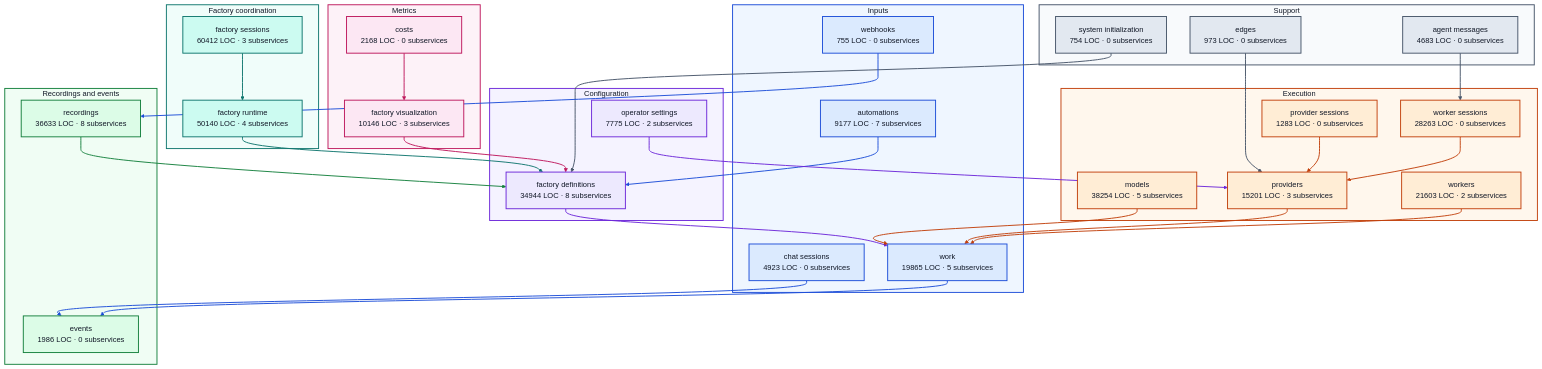
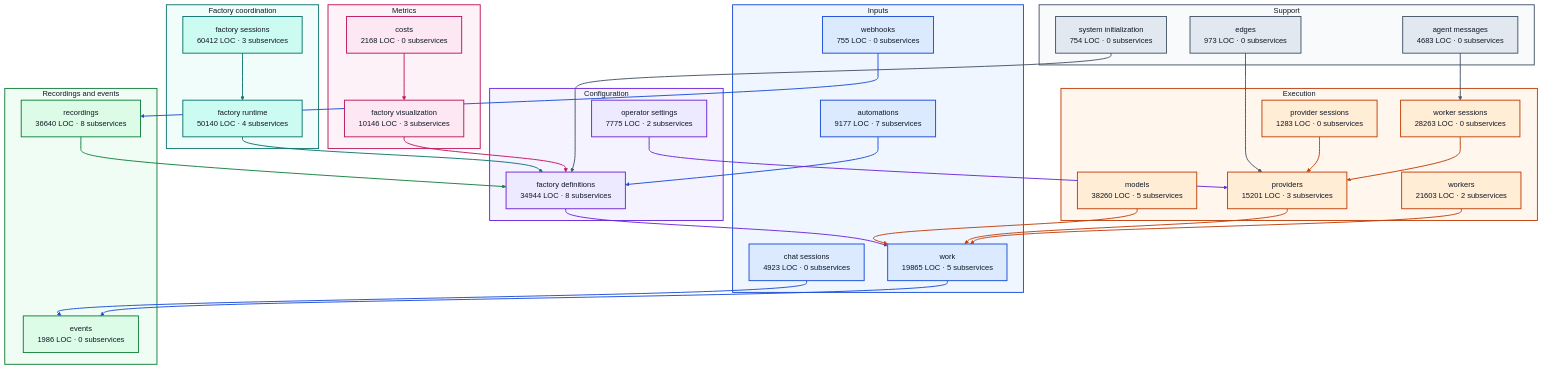
Before and after one commit to portpowered/you-agent-factory: the diagram in docs/architecture/visualizations/high-level-backend.md, drawn with Mermaid. The commit also changed other lines of this file and 21 other files, not shown here.

Commit message:
docs: refresh backend architecture visualizations (#3286)

```diff
--- a/docs/architecture/visualizations/high-level-backend.md
+++ b/docs/architecture/visualizations/high-level-backend.md
@@ -17,7 +17,7 @@
     s_services_factory_sessions["factory sessions<br/>60412 LOC · 3 subservices"]
   end
   subgraph execution["Execution"]
-    s_services_models["models<br/>38254 LOC · 5 subservices"]
+    s_services_models["models<br/>38260 LOC · 5 subservices"]
     s_services_provider_sessions["provider sessions<br/>1283 LOC · 0 subservices"]
     s_services_providers["providers<br/>15201 LOC · 3 subservices"]
     s_services_worker_sessions["worker sessions<br/>28263 LOC · 0 subservices"]
@@ -25,7 +25,7 @@
   end
   subgraph recordings["Recordings and events"]
     s_services_events["events<br/>1986 LOC · 0 subservices"]
-    s_services_recordings["recordings<br/>36633 LOC · 8 subservices"]
+    s_services_recordings["recordings<br/>36640 LOC · 8 subservices"]
   end
   subgraph metrics["Metrics"]
     s_services_costs["costs<br/>2168 LOC · 0 subservices"]
```
